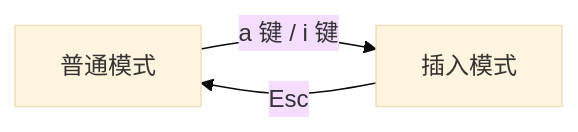
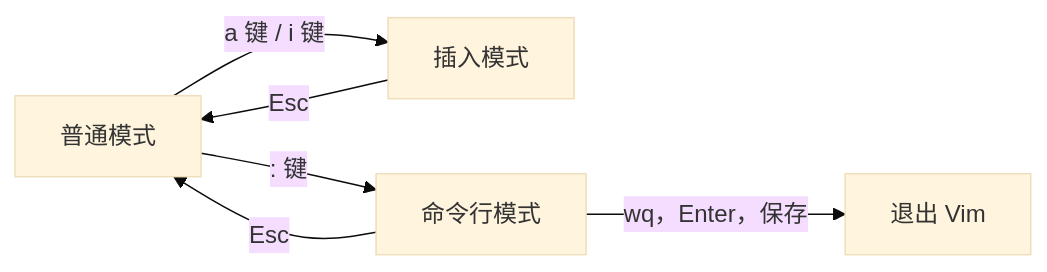
One commit to poppop9/obsidian changed the diagram in 计算机/Linux/2 Vim.md. Above: the diagram before and after it, drawn with Mermaid (base theme). The commit also changed 2 other files, not shown here.

Commit message:
vault backup: 2024-03-26 14:38:14

````diff
--- a/计算机/Linux/2 Vim.md
+++ b/计算机/Linux/2 Vim.md
@@ -7,5 +7,9 @@
 ```mermaid
 graph LR
 	a[普通模式]-- a 键 / i 键 -->b[插入模式]
 	b-- Esc -->a
+	c[命令行模式]-- Esc -->a
+	a-- : 键 -->c
+
+	c-- wq，Enter，保存 -->d[退出 Vim]
 ```
````
